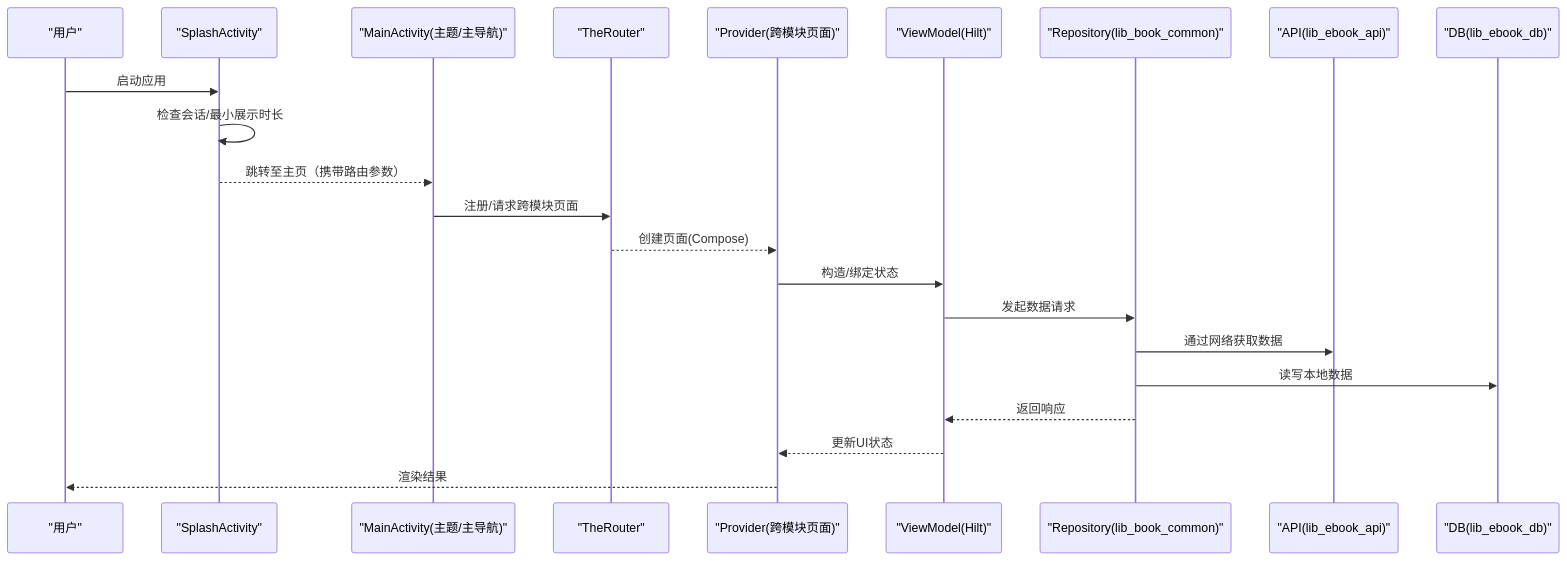
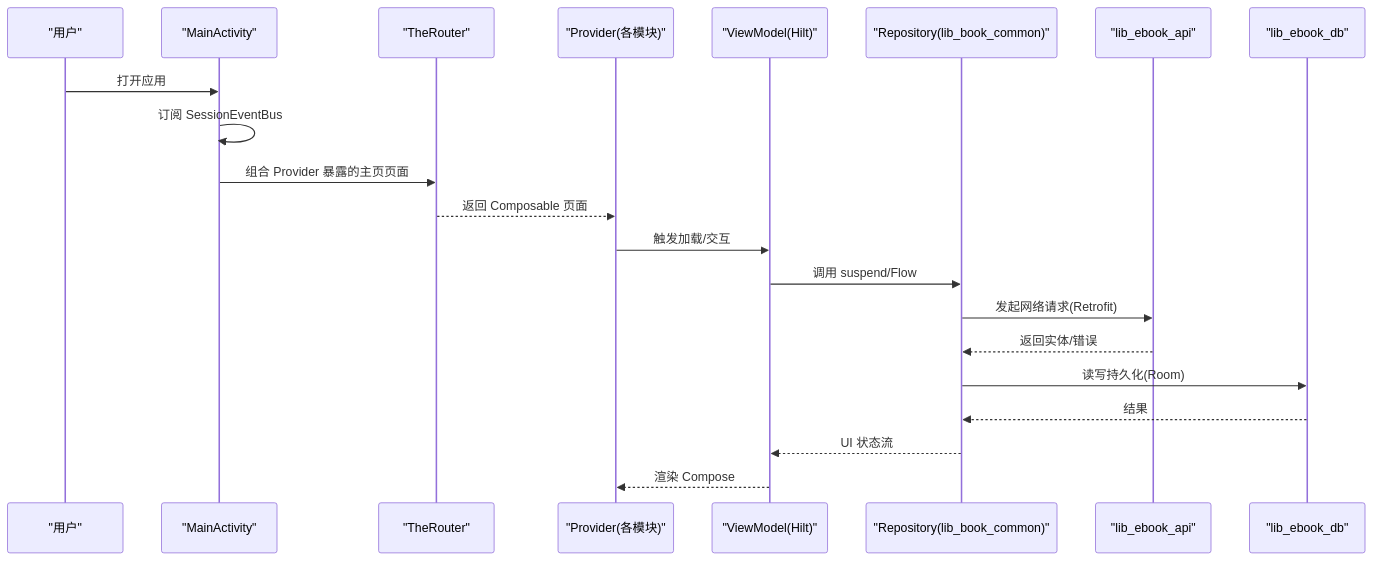
One commit to xrn1997/android-ebook changed the second of 7 diagrams in .qoder/repowiki/zh/content/项目概述.md. Above: the diagram before and after it, drawn with Mermaid. The commit also changed other lines of this file and 544 other files, not shown here.

````diff
--- a/.qoder/repowiki/zh/content/项目概述.md
+++ b/.qoder/repowiki/zh/content/项目概述.md
@@ -109,25 +111,24 @@
 ```mermaid
 sequenceDiagram
-    participant U as "用户"
-    participant A as "SplashActivity"
-    participant M as "MainActivity(主题/主导航)"
-    participant R as "TheRouter"
-    participant P as "Provider(跨模块页面)"
-    participant V as "ViewModel(Hilt)"
+    participant User as "用户"
+    participant Main as "MainActivity"
+    participant Router as "TheRouter"
+    participant Provider as "Provider(各模块)"
+    participant VM as "ViewModel(Hilt)"
     participant Repo as "Repository(lib_book_common)"
-    participant Net as "API(lib_ebook_api)"
-    participant Db as "DB(lib_ebook_db)"
+    participant API as "lib_ebook_api"
+    participant DB as "lib_ebook_db"
 
-    U->>A: 启动应用
-    A->>A: 检查会话/最小展示时长
-    A-->>M: 跳转至主页（携带路由参数）
-    M->>R: 注册/请求跨模块页面
-    R-->>P: 创建页面(Compose)
-    P->>V: 构造/绑定状态
-    V->>Repo: 发起数据请求
-    Repo->>Net: 通过网络获取数据
-    Repo->>Db: 读写本地数据
-    Repo-->>V: 返回响应
-    V-->>P: 更新UI状态
-    P-->>U: 渲染结果
+    User->>Main: 打开应用
+    Main->>Main: 订阅 SessionEventBus
+    Main->>Router: 组合 Provider 暴露的主页页面
+    Router-->>Provider: 返回 Composable 页面
+    Provider->>VM: 触发加载/交互
+    VM->>Repo: 调用 suspend/Flow
+    Repo->>API: 发起网络请求(Retrofit)
+    API-->>Repo: 返回实体/错误
+    Repo->>DB: 读写持久化(Room)
+    DB-->>Repo: 结果
+    Repo-->>VM: UI 状态流
+    VM-->>Provider: 渲染 Compose
 ```
````
